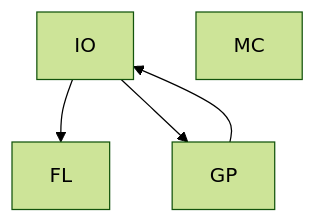
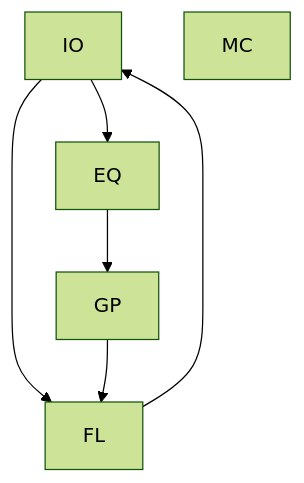
Before and after one commit to acumartini/dectet-public: diagram 12 of 19 in README.md, drawn with Mermaid (forest theme). The commit also changed other lines of this file, not shown here.

````diff
--- a/README.md
+++ b/README.md
@@ -1325,6 +1316,6 @@
 ```mermaid
 flowchart TD
   IO-->FL
-  IO-->GP-->IO
+  IO-->EQ-->GP-->FL-->IO
   MC
 ```
````
